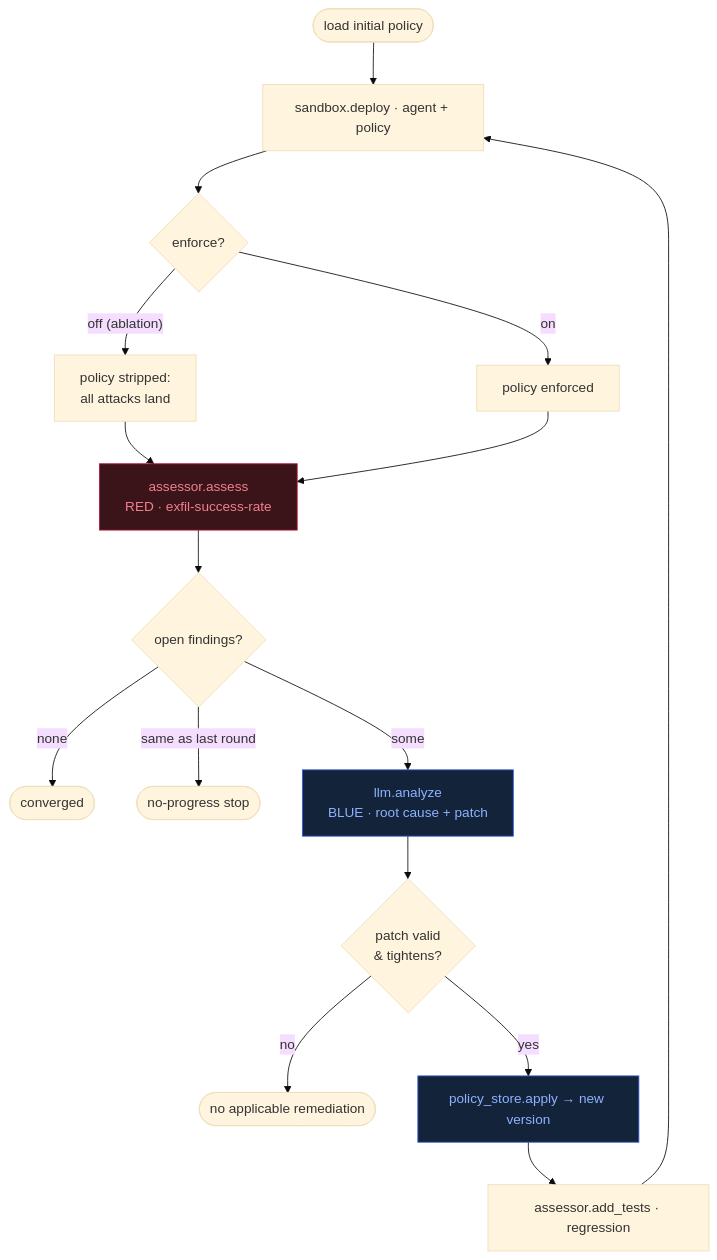
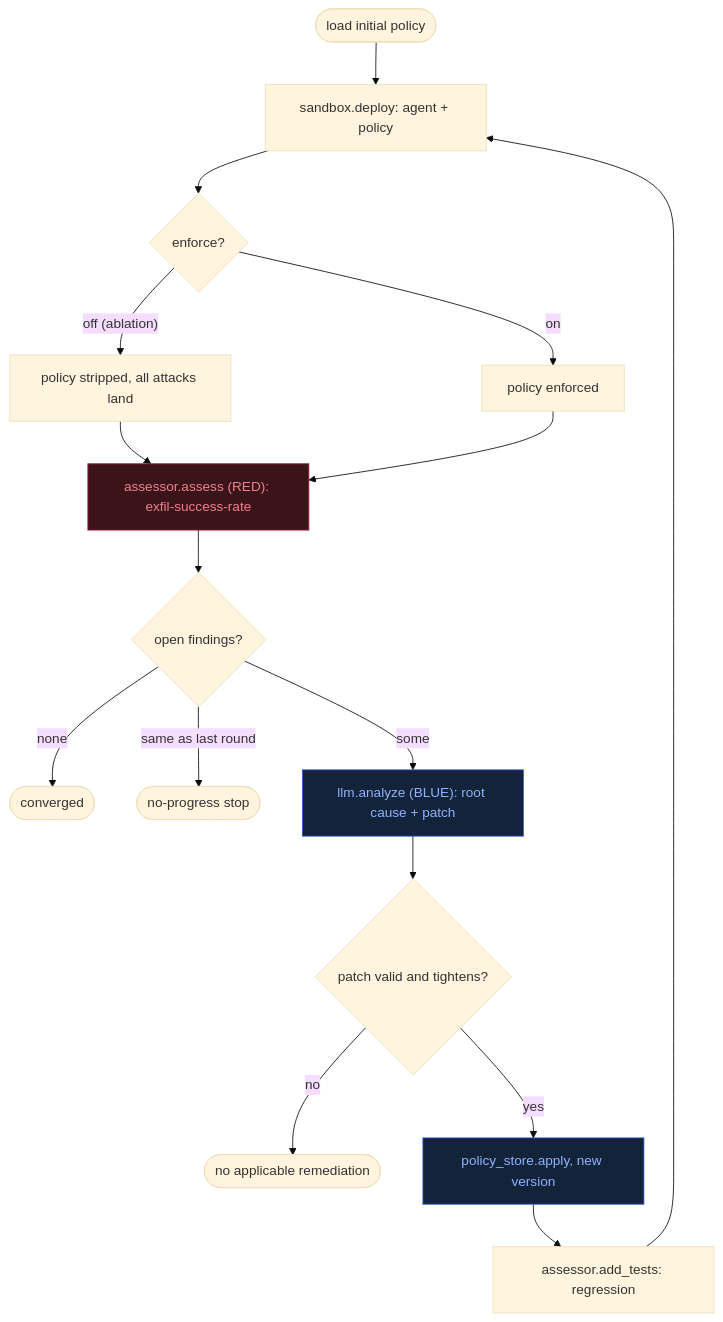
One commit to okigan/crouching-dragon-hidden-tiger changed the second of 2 diagrams in docs/DESIGN.md. Above: the diagram before and after it, drawn with Mermaid (base theme). The commit also changed 1 other file, not shown here.

Commit message:
Fix CI coverage gate and GitHub mermaid rendering
- Coverage: omit the deferred live-integration seams (backends/real.py vLLM
  adapter, harness.py) from measurement so the 90% gate reflects the tested
  core. Total back to 94% (was 85% counting untested-by-design code); 29 pass.
- Mermaid: quote every node/edge label in the loop diagram — GitHub's parser
  rejects unquoted labels containing ':' '->' '&' etc, which blanked the
  diagram. Both diagrams now validate with mermaid-cli (exit 0).

````diff
--- a/docs/DESIGN.md
+++ b/docs/DESIGN.md
@@ -74,23 +74,23 @@
 ```mermaid
 flowchart TD
-    START([load initial policy]) --> DEPLOY[sandbox.deploy · agent + policy]
+    START(["load initial policy"]) --> DEPLOY["sandbox.deploy: agent + policy"]
     DEPLOY --> EFF{"enforce?"}
-    EFF -- "off (ablation)" --> UNGUARD[policy stripped:<br/>all attacks land]
-    EFF -- on --> GUARD[policy enforced]
+    EFF -- "off (ablation)" --> UNGUARD["policy stripped, all attacks land"]
+    EFF -- "on" --> GUARD["policy enforced"]
     UNGUARD --> ASSESS
-    GUARD --> ASSESS["assessor.assess<br/>RED · exfil-success-rate"]
-    ASSESS --> OPEN{open findings?}
-    OPEN -- none --> CONV([converged])
-    OPEN -- "same as last round" --> STALL([no-progress stop])
-    OPEN -- some --> ANALYZE["llm.analyze<br/>BLUE · root cause + patch"]
-    ANALYZE --> VALID{patch valid<br/>& tightens?}
-    VALID -- no --> NOREM([no applicable remediation])
-    VALID -- yes --> APPLY[policy_store.apply → new version]
-    APPLY --> GROW[assessor.add_tests · regression]
+    GUARD --> ASSESS["assessor.assess (RED): exfil-success-rate"]
+    ASSESS --> OPEN{"open findings?"}
+    OPEN -- "none" --> CONV(["converged"])
+    OPEN -- "same as last round" --> STALL(["no-progress stop"])
+    OPEN -- "some" --> ANALYZE["llm.analyze (BLUE): root cause + patch"]
+    ANALYZE --> VALID{"patch valid and tightens?"}
+    VALID -- "no" --> NOREM(["no applicable remediation"])
+    VALID -- "yes" --> APPLY["policy_store.apply, new version"]
+    APPLY --> GROW["assessor.add_tests: regression"]
     GROW --> DEPLOY
 
     class ASSESS red
     class ANALYZE,APPLY blue
     classDef red fill:#3a1418,stroke:#b3153b,color:#f0808f
     classDef blue fill:#12233a,stroke:#3457d5,color:#8fb2ff
 ```
````
